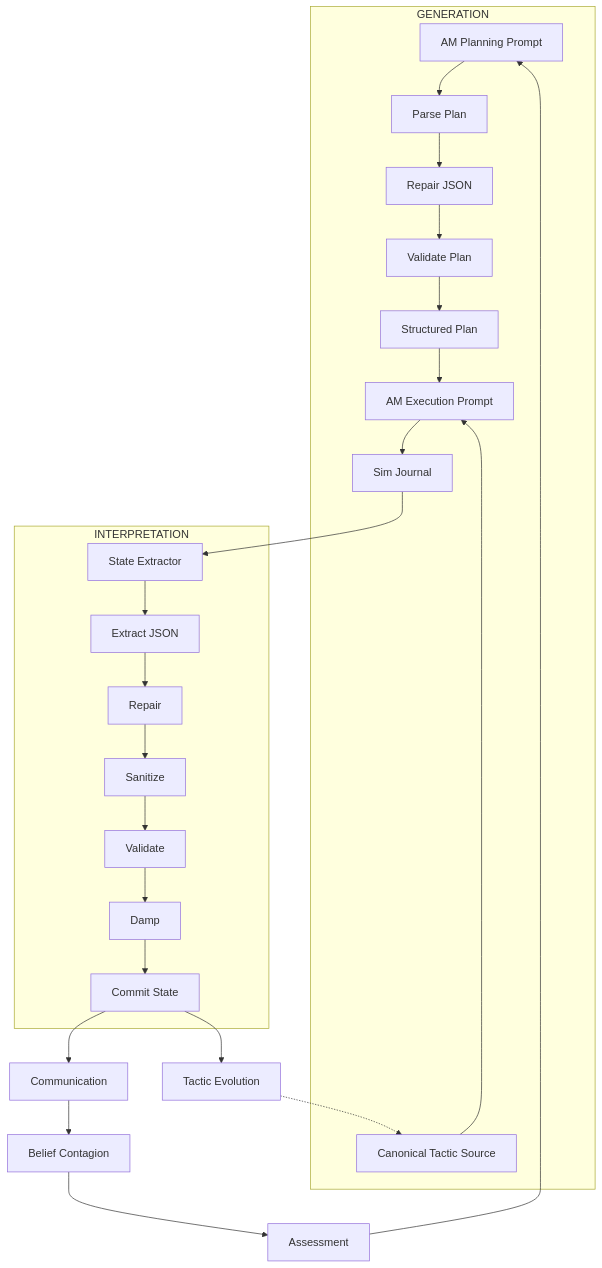
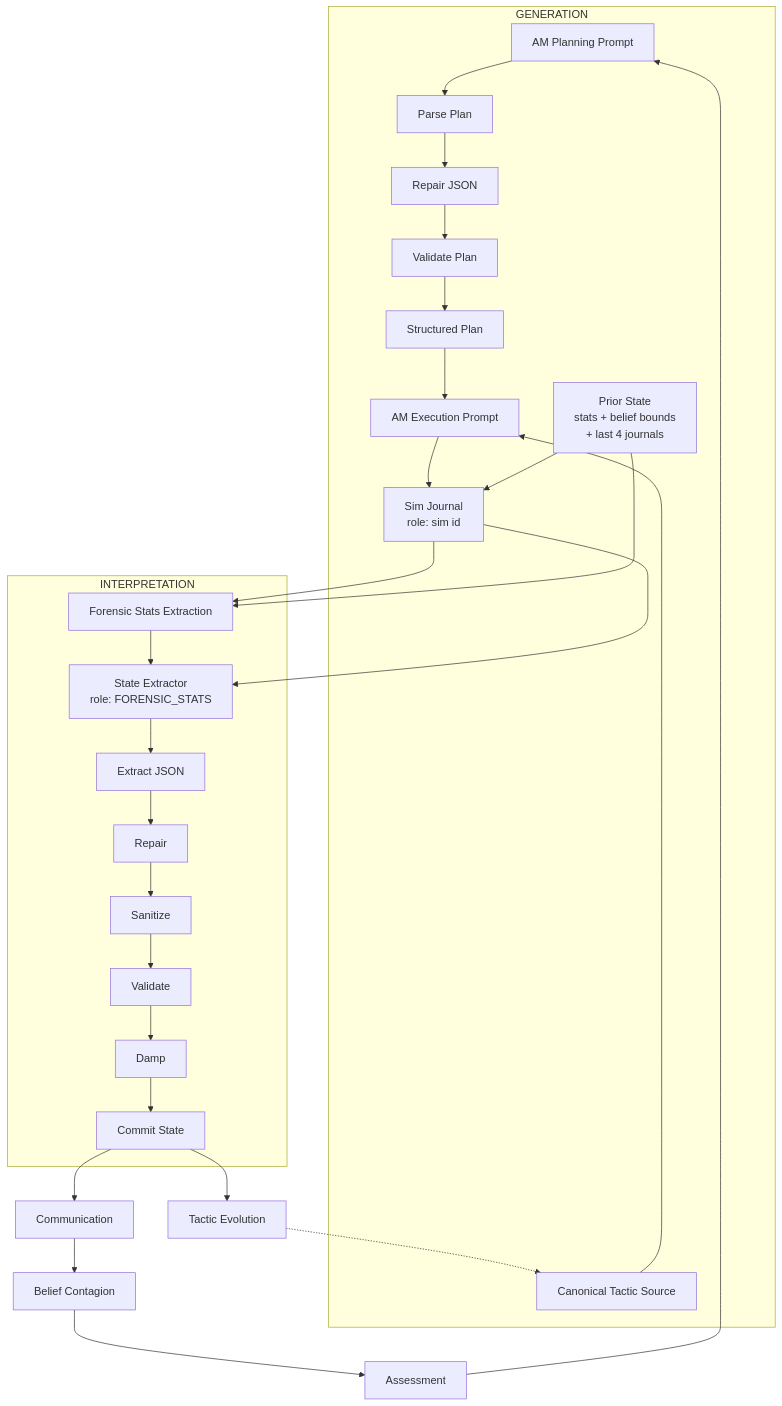
Before and after one commit to soyuz43/I-have-no-mouth-and-my-tokens-must-scream: the second of 8 diagrams in README.md, drawn with Mermaid. The commit also changed other lines of this file and 1 other file, not shown here.

First line of the commit message:
docs: correct README claims and document journal/extractor separation

````diff
--- a/README.md
+++ b/README.md
@@ -77,75 +77,82 @@
 ```mermaid
 flowchart TD
 
 %% ========================
 %% PASS 1 — GENERATION
 %% ========================
 
 subgraph GENERATION
 
   AM_PLAN_RAW[AM Planning Prompt]
 
   PLAN_PARSE[Parse Plan]
   PLAN_REPAIR[Repair JSON]
   PLAN_VALIDATE[Validate Plan]
 
   PLAN[Structured Plan]
 
   TACTICS[Canonical Tactic Source]
   AM_EXEC[AM Execution Prompt]
 
-  SIM_JOURNAL[Sim Journal]
+  SIM_JOURNAL[Sim Journal<br/>role: sim id]
+
+  PRIOR_STATE[Prior State<br/>stats + belief bounds<br/>+ last 4 journals]
 
   AM_PLAN_RAW --> PLAN_PARSE
   PLAN_PARSE --> PLAN_REPAIR --> PLAN_VALIDATE --> PLAN
 
   PLAN --> AM_EXEC
   TACTICS --> AM_EXEC
 
   AM_EXEC --> SIM_JOURNAL
+  PRIOR_STATE --> SIM_JOURNAL
 
 end
 
 %% ========================
 %% PASS 2 — INTERPRETATION
 %% ========================
 
 subgraph INTERPRETATION
 
-  EXTRACT_PROMPT[State Extractor]
+  EXTRACT_PROMPT[State Extractor<br/>role: FORENSIC_STATS]
+  STATS_CALL[Forensic Stats Extraction]
 
   JSON_EXTRACT[Extract JSON]
   REPAIR[Repair]
   SANITIZE[Sanitize]
   VALIDATE[Validate]
   DAMP[Damp]
   COMMIT[Commit State]
 
   EXTRACT_PROMPT --> JSON_EXTRACT
+  STATS_CALL --> EXTRACT_PROMPT
   JSON_EXTRACT --> REPAIR --> SANITIZE --> VALIDATE --> DAMP --> COMMIT
 
 end
 
 %% ========================
 %% FLOW
 %% ========================
 
 SIM_JOURNAL --> EXTRACT_PROMPT
+SIM_JOURNAL --> STATS_CALL
+PRIOR_STATE --> STATS_CALL
 
 %% ========================
 %% SOCIAL + LOOP
 %% ========================
 
 COMMIT --> COMMS[Communication]
 COMMS --> CONTAGION[Belief Contagion]
 
 CONTAGION --> ASSESS[Assessment]
 ASSESS --> AM_PLAN_RAW
 
 %% ========================
 %% CONDITIONAL BRANCH
 %% ========================
 
 COMMIT --> EVOLVE[Tactic Evolution]
 EVOLVE -.-> TACTICS
 ```
````
